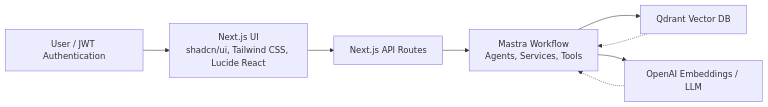
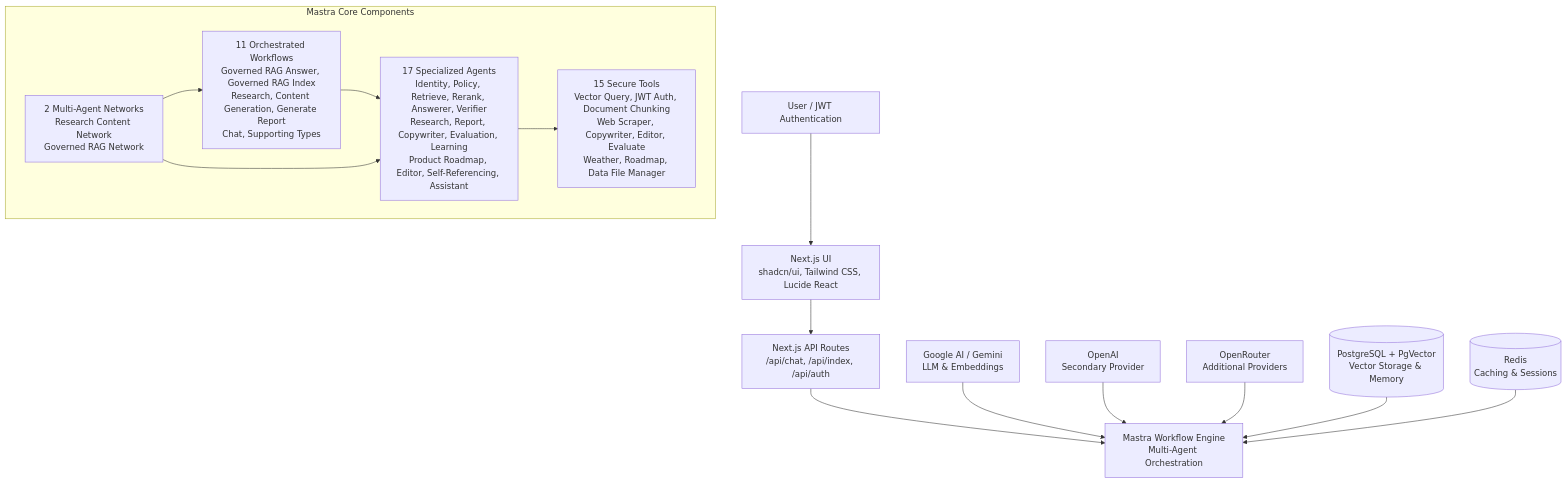
The first of 2 diagrams in README.md (ssdeanx/secure-rag-multi-agent), drawn with Mermaid before and after one commit. The commit also changed other lines of this file and 27 other files, not shown here.

````diff
--- a/README.md
+++ b/README.md
@@ -36,10 +36,25 @@
 ```mermaid
-graph LR
+graph TB
     User[User / JWT Authentication] --> UI[Next.js UI<br/>shadcn/ui, Tailwind CSS, Lucide React]
-    UI --> API[Next.js API Routes]
-    API --> Mastra[Mastra Workflow<br/>Agents, Services, Tools]
-    Mastra --> Qdrant[Qdrant Vector DB]
-    Mastra --> OpenAI[OpenAI Embeddings / LLM]
-    Qdrant -.-> Mastra
-    OpenAI -.-> Mastra
+    UI --> API[Next.js API Routes<br/>/api/chat, /api/index, /api/auth]
+    API --> Mastra[Mastra Workflow Engine<br/>Multi-Agent Orchestration]
+
+    GoogleAI[Google AI / Gemini<br/>LLM & Embeddings] --> Mastra
+    OpenAI[OpenAI<br/>Secondary Provider] --> Mastra
+    OpenRouter[OpenRouter<br/>Additional Providers] --> Mastra
+
+    PostgreSQL[(PostgreSQL + PgVector<br/>Vector Storage & Memory)] --> Mastra
+    Redis[(Redis<br/>Caching & Sessions)] --> Mastra
+
+    subgraph MastraInternal[Mastra Core Components]
+        Agents[17 Specialized Agents<br/>Identity, Policy, Retrieve, Rerank, Answerer, Verifier<br/>Research, Report, Copywriter, Evaluation, Learning<br/>Product Roadmap, Editor, Self-Referencing, Assistant]
+        Workflows[11 Orchestrated Workflows<br/>Governed RAG Answer, Governed RAG Index<br/>Research, Content Generation, Generate Report<br/>Chat, Supporting Types]
+        Tools[15 Secure Tools<br/>Vector Query, JWT Auth, Document Chunking<br/>Web Scraper, Copywriter, Editor, Evaluate<br/>Weather, Roadmap, Data File Manager]
+        Networks[2 Multi-Agent Networks<br/>Research Content Network<br/>Governed RAG Network]
+    end
+
+    Agents --> Tools
+    Workflows --> Agents
+    Networks --> Workflows
+    Networks --> Agents
 ```
````
